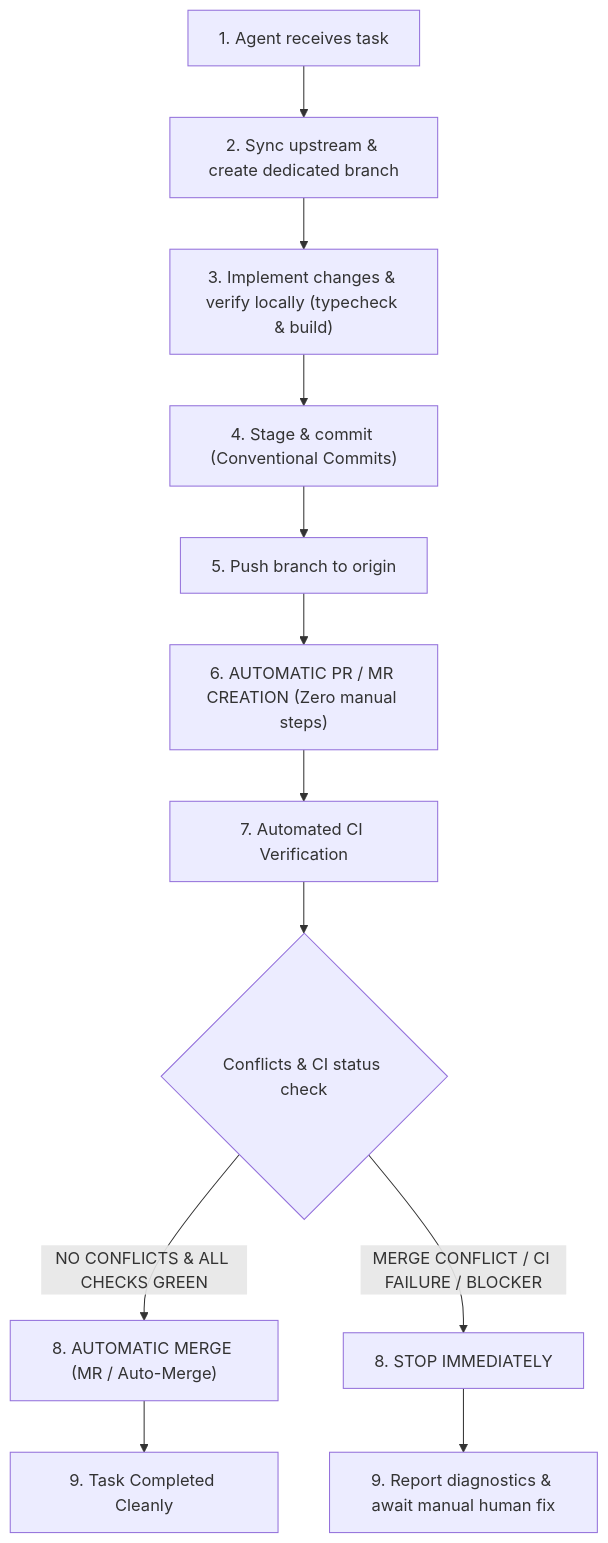
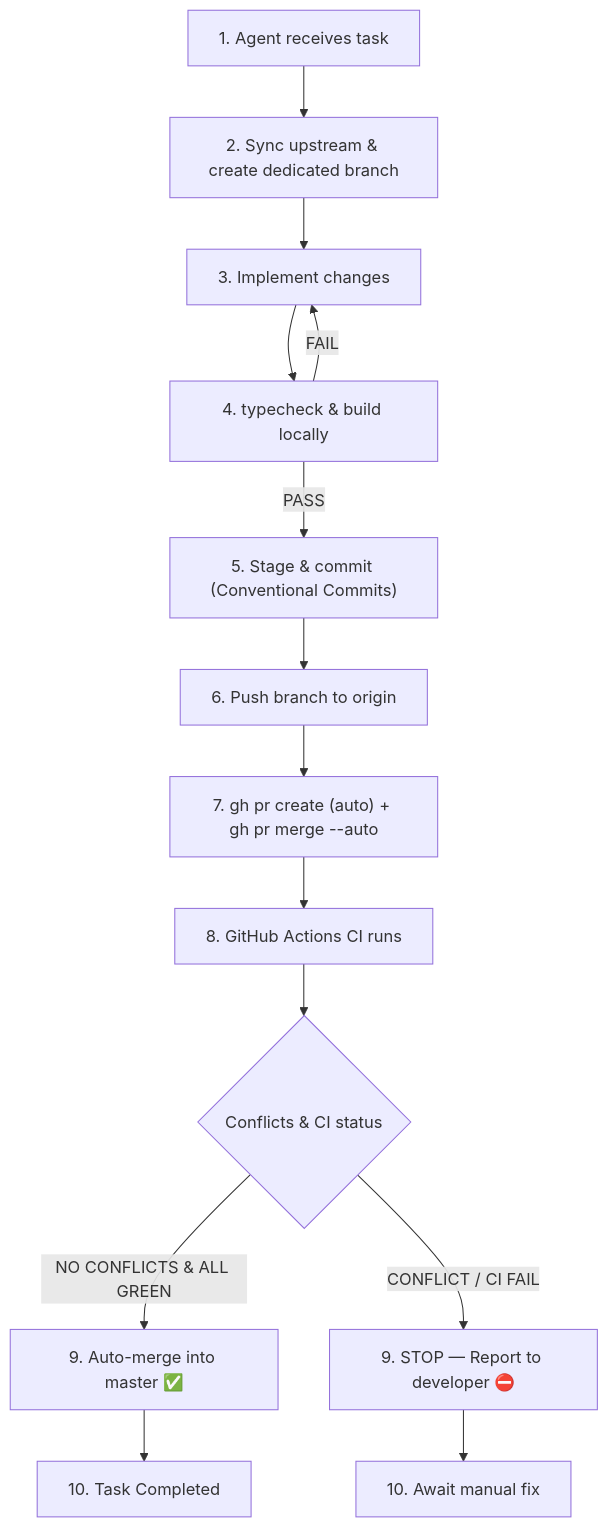
One commit to oneruit/roguelike-coop-game changed the diagram in AGENTS.md. Above: the diagram before and after it, drawn with Mermaid. The commit also changed other lines of this file and 1 other file, not shown here.

First line of the commit message:
docs(agents): rewrite AGENTS.md for fully automated PR workflow

````diff
--- a/AGENTS.md
+++ b/AGENTS.md
@@ -11,14 +12,16 @@
 ```mermaid
 flowchart TD
     A["1. Agent receives task"] --> B["2. Sync upstream & create dedicated branch"]
-    B --> C["3. Implement changes & verify locally (typecheck & build)"]
-    C --> D["4. Stage & commit (Conventional Commits)"]
-    D --> E["5. Push branch to origin"]
-    E --> F["6. AUTOMATIC PR / MR CREATION (Zero manual steps)"]
-    F --> G["7. Automated CI Verification"]
-    G --> H{"Conflicts & CI status check"}
-    H -- "NO CONFLICTS & ALL CHECKS GREEN" --> I["8. AUTOMATIC MERGE (MR / Auto-Merge)"]
-    I --> J["9. Task Completed Cleanly"]
-    H -- "MERGE CONFLICT / CI FAILURE / BLOCKER" --> K["8. STOP IMMEDIATELY"]
-    K --> L["9. Report diagnostics & await manual human fix"]
+    B --> C["3. Implement changes"]
+    C --> D["4. typecheck & build locally"]
+    D -- "FAIL" --> C
+    D -- "PASS" --> E["5. Stage & commit (Conventional Commits)"]
+    E --> F["6. Push branch to origin"]
+    F --> G["7. gh pr create (auto) + gh pr merge --auto"]
+    G --> H["8. GitHub Actions CI runs"]
+    H --> I{"Conflicts & CI status"}
+    I -- "NO CONFLICTS & ALL GREEN" --> J["9. Auto-merge into master ✅"]
+    J --> K["10. Task Completed"]
+    I -- "CONFLICT / CI FAIL" --> L["9. STOP — Report to developer ⛔"]
+    L --> M["10. Await manual fix"]
 ```
````
